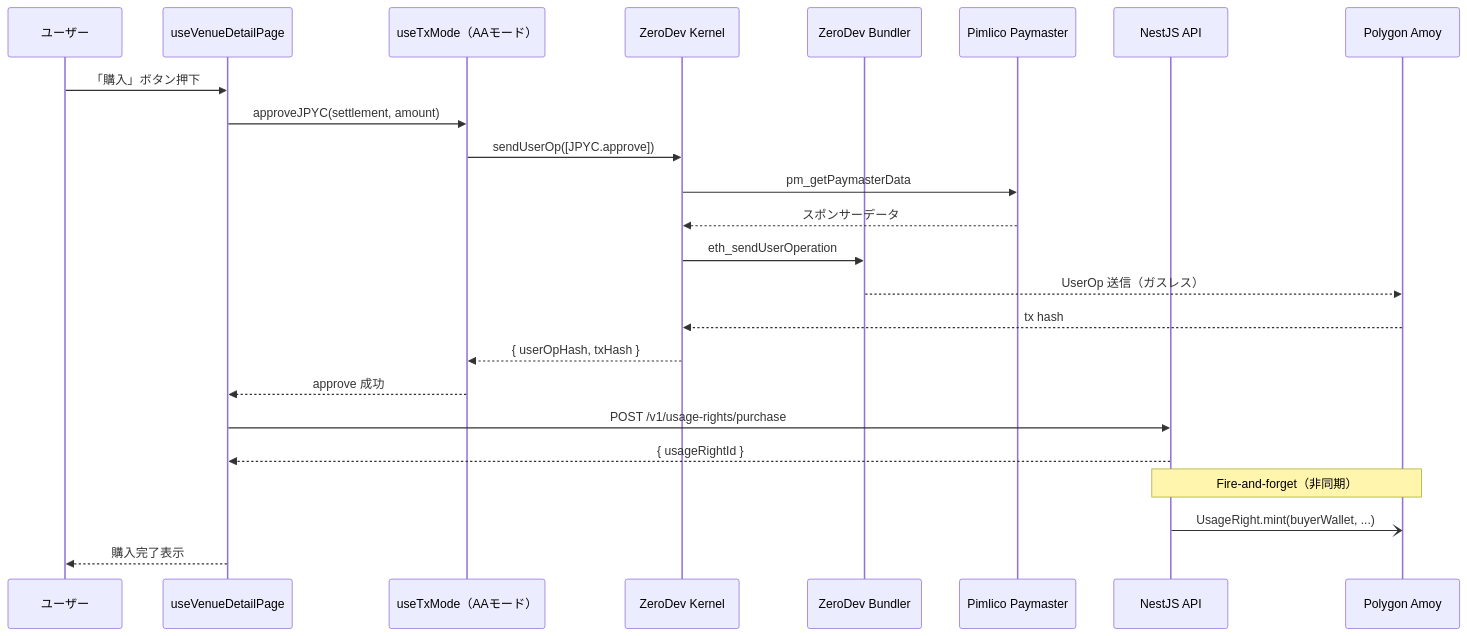
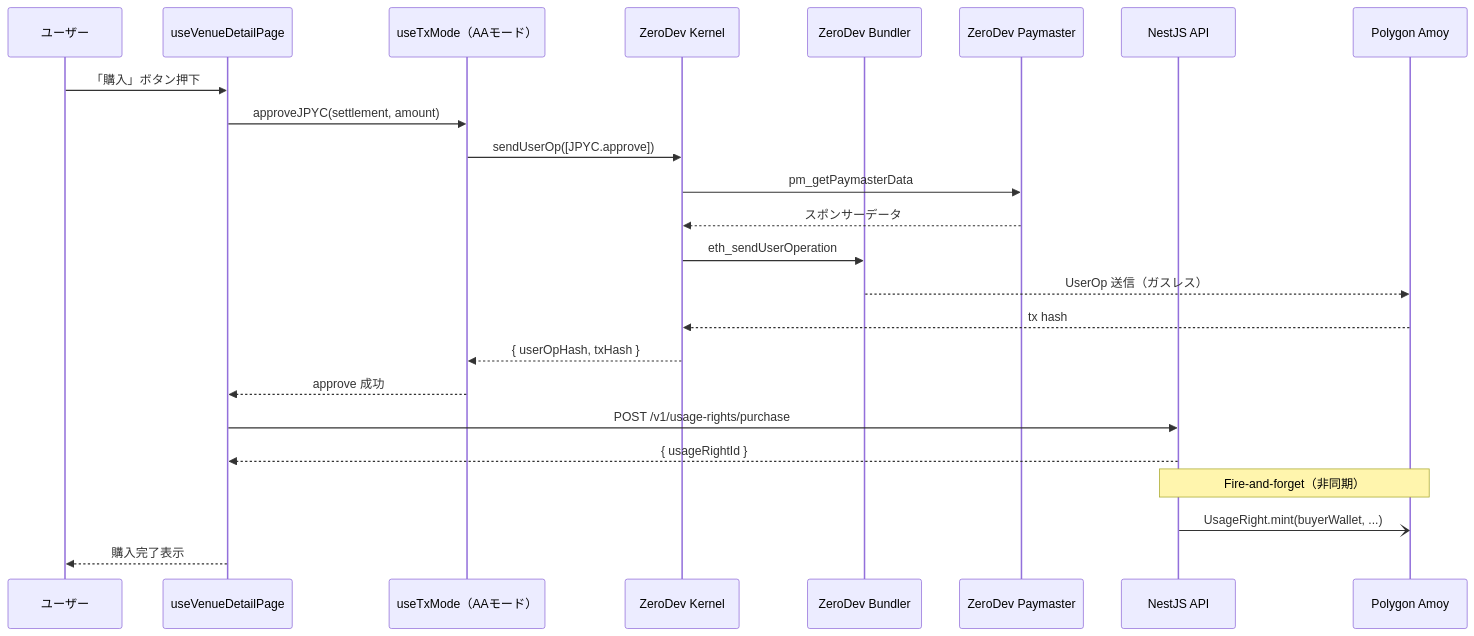
The sixth of 15 diagrams in docs/ARCHITECTURE.md (WHXisWH/Node-Stay), drawn with Mermaid before and after one commit. The commit also changed other lines of this file and 4 other files, not shown here.

````diff
--- a/docs/ARCHITECTURE.md
+++ b/docs/ARCHITECTURE.md
@@ -306,27 +306,27 @@
 ```mermaid
 sequenceDiagram
     participant User as ユーザー
     participant Hook as useVenueDetailPage
     participant TxMode as useTxMode（AAモード）
     participant Kernel as ZeroDev Kernel
     participant Bundler as ZeroDev Bundler
-    participant Paymaster as Pimlico Paymaster
+    participant Paymaster as ZeroDev Paymaster
     participant API as NestJS API
     participant Chain as Polygon Amoy
 
     User->>Hook: 「購入」ボタン押下
     Hook->>TxMode: approveJPYC(settlement, amount)
     TxMode->>Kernel: sendUserOp([JPYC.approve])
     Kernel->>Paymaster: pm_getPaymasterData
     Paymaster-->>Kernel: スポンサーデータ
     Kernel->>Bundler: eth_sendUserOperation
     Bundler-->>Chain: UserOp 送信（ガスレス）
     Chain-->>Kernel: tx hash
     Kernel-->>TxMode: { userOpHash, txHash }
     TxMode-->>Hook: approve 成功
     Hook->>API: POST /v1/usage-rights/purchase
     API-->>Hook: { usageRightId }
     Note over API,Chain: Fire-and-forget（非同期）
     API-)Chain: UsageRight.mint(buyerWallet, ...)
     Hook-->>User: 購入完了表示
 ```
````
